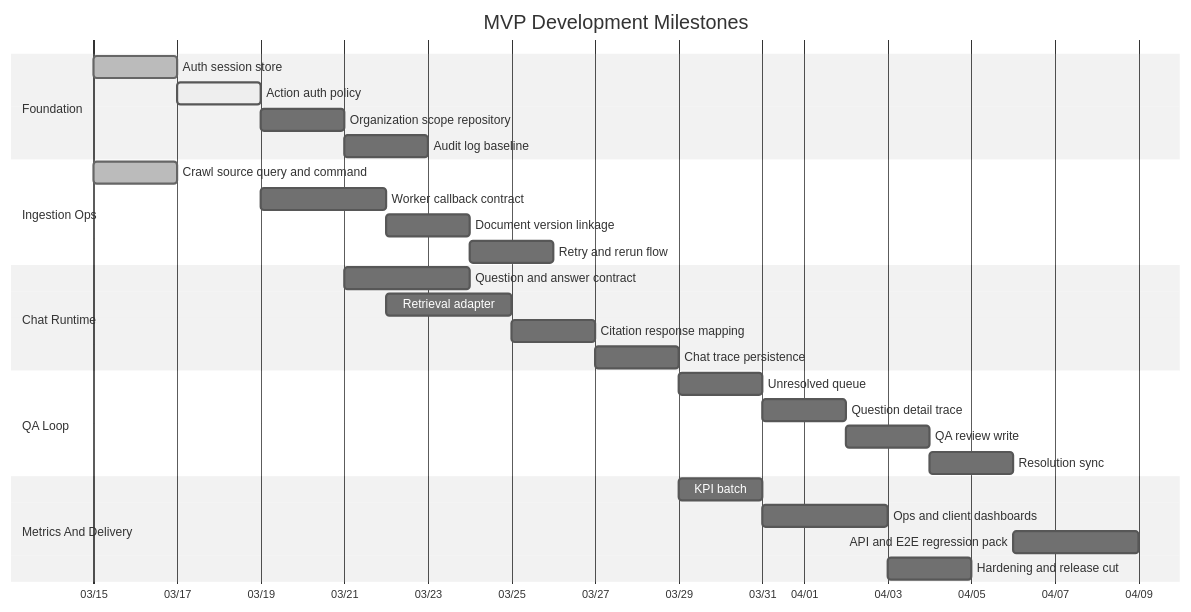
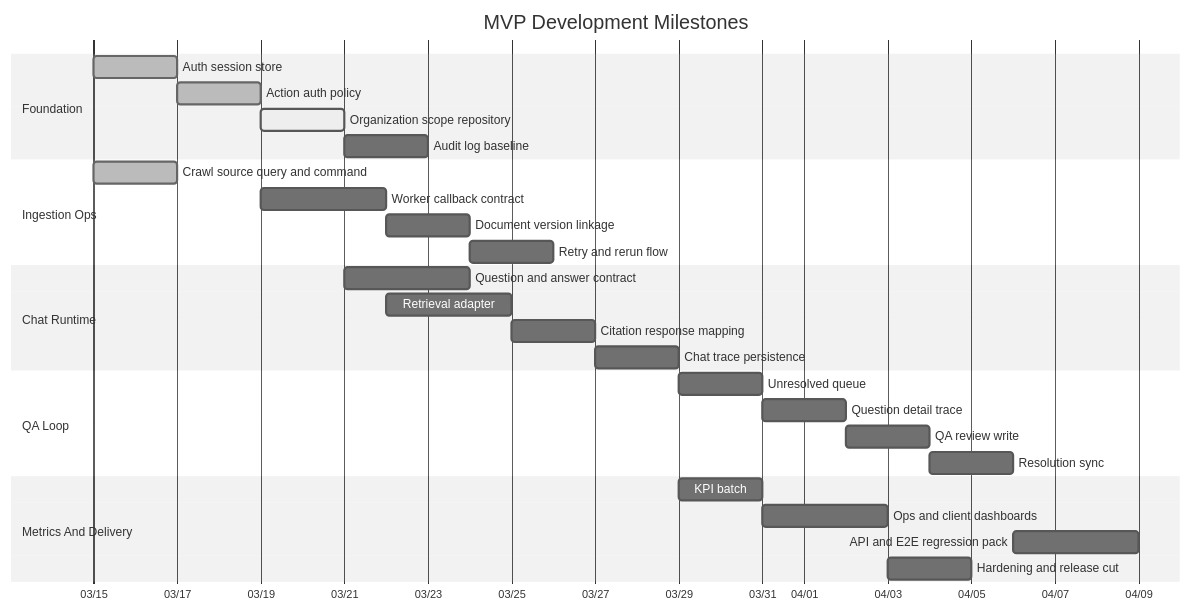
Before and after one commit to jcglobeway/centras-ai-gov: the third of 3 diagrams in mvp_docs/17_development_wbs_milestones.md, drawn with Mermaid (neutral theme). The commit also changed other lines of this file and 9 other files, not shown here.

````diff
--- a/mvp_docs/17_development_wbs_milestones.md
+++ b/mvp_docs/17_development_wbs_milestones.md
@@ -94,36 +94,36 @@
 ```mermaid
 gantt
     title MVP Development Milestones
     dateFormat  YYYY-MM-DD
     axisFormat  %m/%d
 
     section Foundation
     Auth session store              :done, foundation1, 2026-03-15, 2d
-    Action auth policy              :active, foundation2, after foundation1, 2d
-    Organization scope repository   :foundation3, after foundation2, 2d
+    Action auth policy              :done, foundation2, after foundation1, 2d
+    Organization scope repository   :active, foundation3, after foundation2, 2d
     Audit log baseline              :foundation4, after foundation3, 2d
 
     section Ingestion Ops
     Crawl source query and command  :done, ingestion1, 2026-03-15, 2d
     Worker callback contract        :ingestion2, after foundation2, 3d
     Document version linkage        :ingestion3, after ingestion2, 2d
     Retry and rerun flow            :ingestion4, after ingestion3, 2d
 
     section Chat Runtime
     Question and answer contract    :chat1, after foundation3, 3d
     Retrieval adapter               :chat2, after ingestion2, 3d
     Citation response mapping       :chat3, after chat2, 2d
     Chat trace persistence          :chat4, after chat3, 2d
 
     section QA Loop
     Unresolved queue                :qa1, after chat4, 2d
     Question detail trace           :qa2, after qa1, 2d
     QA review write                 :qa3, after qa2, 2d
     Resolution sync                 :qa4, after qa3, 2d
 
     section Metrics And Delivery
     KPI batch                       :metrics1, after chat4, 2d
     Ops and client dashboards       :metrics2, after metrics1, 3d
     API and E2E regression pack     :metrics3, after qa4, 3d
     Hardening and release cut       :metrics4, after metrics2, 2d
 ```
````
